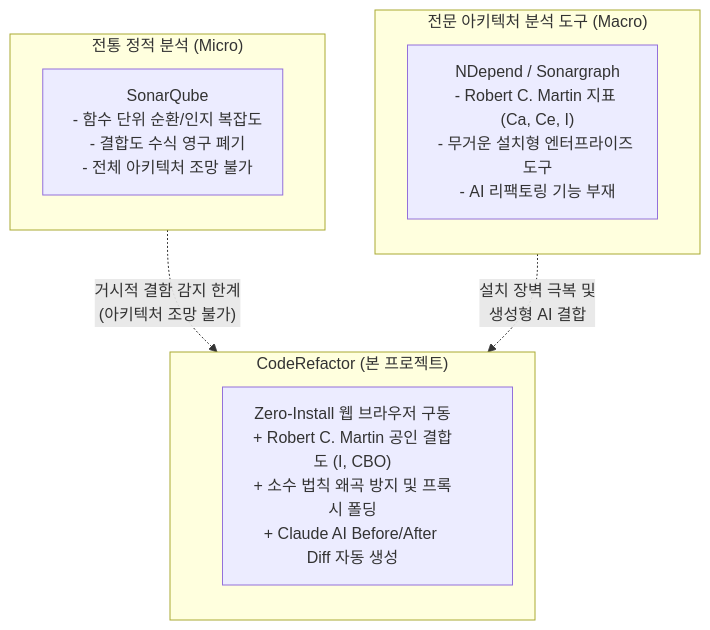
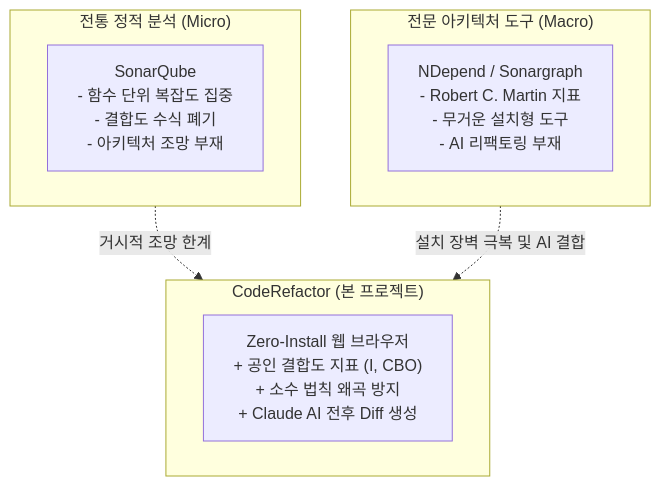
The diagram in docs/comparative-analysis.md (Jiin5906/CodeDiagram), drawn with Mermaid before and after one commit. The commit also changed 3 other files, not shown here.

````diff
--- a/docs/comparative-analysis.md
+++ b/docs/comparative-analysis.md
@@ -13,21 +13,17 @@
 ```mermaid
 flowchart TD
     subgraph Traditional ["전통 정적 분석 (Micro)"]
-        SQ["SonarQube<br/>- 함수 단위 순환/인지 복잡도<br/>- 결합도 수식 영구 폐기<br/>- 전체 아키텍처 조망 불가"]
+        SQ["SonarQube<br/>- 함수 단위 복잡도 집중<br/>- 결합도 수식 폐기<br/>- 아키텍처 조망 부재"]
     end
 
-    subgraph Architecture ["전문 아키텍처 분석 도구 (Macro)"]
-        ND["NDepend / Sonargraph<br/>- Robert C. Martin 지표 (Ca, Ce, I)<br/>- 무거운 설치형 엔터프라이즈 도구<br/>- AI 리팩토링 기능 부재"]
+    subgraph Architecture ["전문 아키텍처 도구 (Macro)"]
+        ND["NDepend / Sonargraph<br/>- Robert C. Martin 지표<br/>- 무거운 설치형 도구<br/>- AI 리팩토링 부재"]
     end
 
     subgraph OurProject ["CodeRefactor (본 프로젝트)"]
-        CR["Zero-Install 웹 브라우저 구동<br/>+ Robert C. Martin 공인 결합도 (I, CBO)<br/>+ 소수 법칙 왜곡 방지 및 프록시 폴딩<br/>+ Claude AI Before/After Diff 자동 생성"]
+        CR["Zero-Install 웹 브라우저<br/>+ 공인 결합도 지표 (I, CBO)<br/>+ 소수 법칙 왜곡 방지<br/>+ Claude AI 전후 Diff 생성"]
     end
 
-    Traditional -.->|"거시적 결함 감지 한계<br/>(아키텍처 조망 불가)"| OurProject
-    Architecture -.->|"설치 장벽 극복 및<br/>생성형 AI 결합"| OurProject
-
-    style SQ width:240px
-    style ND width:250px
-    style CR width:290px
+    Traditional -.->|"거시적 조망 한계"| OurProject
+    Architecture -.->|"설치 장벽 극복 및 AI 결합"| OurProject
 ```
````
